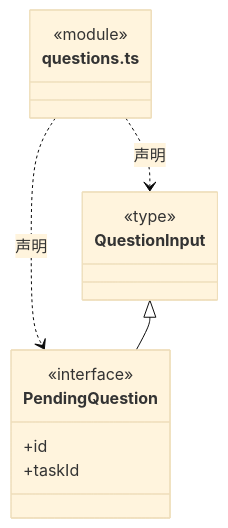
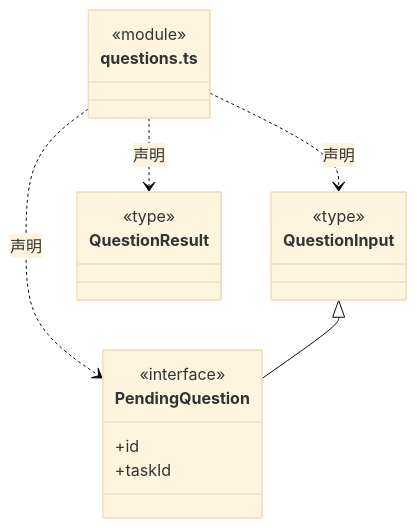
The fourth of 14 diagrams in src/backend/core/tools/ARCHITECTURE.md (nan023062/cbim), drawn with Mermaid (base theme) before and after one commit. The commit also changed other lines of this file and 32 other files, not shown here.

````diff
--- a/src/backend/core/tools/ARCHITECTURE.md
+++ b/src/backend/core/tools/ARCHITECTURE.md
@@ -70,18 +78,23 @@
 ```mermaid
 classDiagram
 class N_src_backend_core_tools_questions_ts["questions.ts"] {
   <<module>>
 }
 class N_src_backend_core_tools_questions_ts_QuestionInput["QuestionInput"] {
   <<type>>
 
 }
 N_src_backend_core_tools_questions_ts ..> N_src_backend_core_tools_questions_ts_QuestionInput : 声明
 class N_src_backend_core_tools_questions_ts_PendingQuestion["PendingQuestion"] {
   <<interface>>
   +id
   +taskId
 }
 N_src_backend_core_tools_questions_ts ..> N_src_backend_core_tools_questions_ts_PendingQuestion : 声明
 N_src_backend_core_tools_questions_ts_QuestionInput <|-- N_src_backend_core_tools_questions_ts_PendingQuestion
+class N_src_backend_core_tools_questions_ts_QuestionResult["QuestionResult"] {
+  <<type>>
+
+}
+N_src_backend_core_tools_questions_ts ..> N_src_backend_core_tools_questions_ts_QuestionResult : 声明
 ```
````
